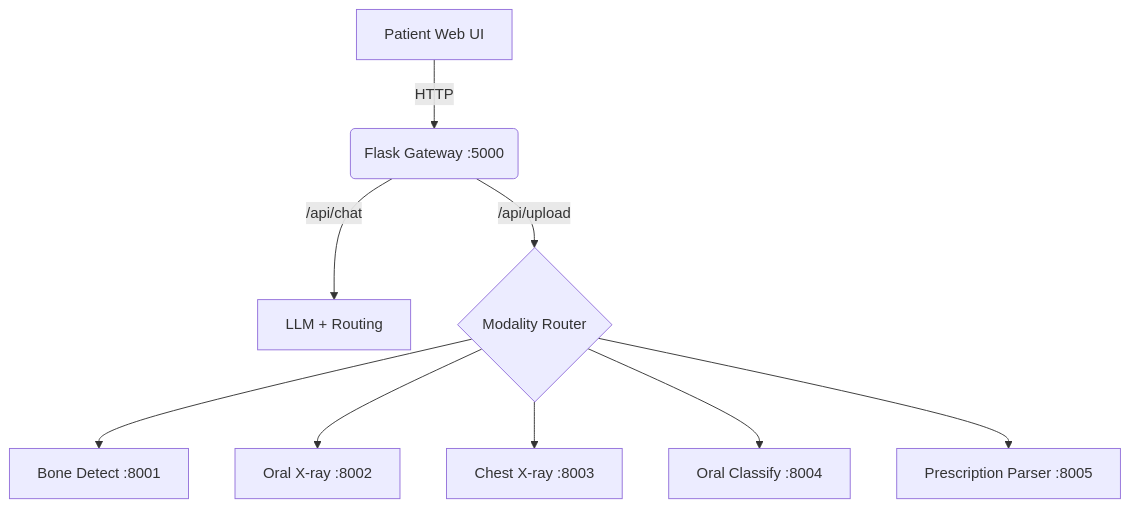
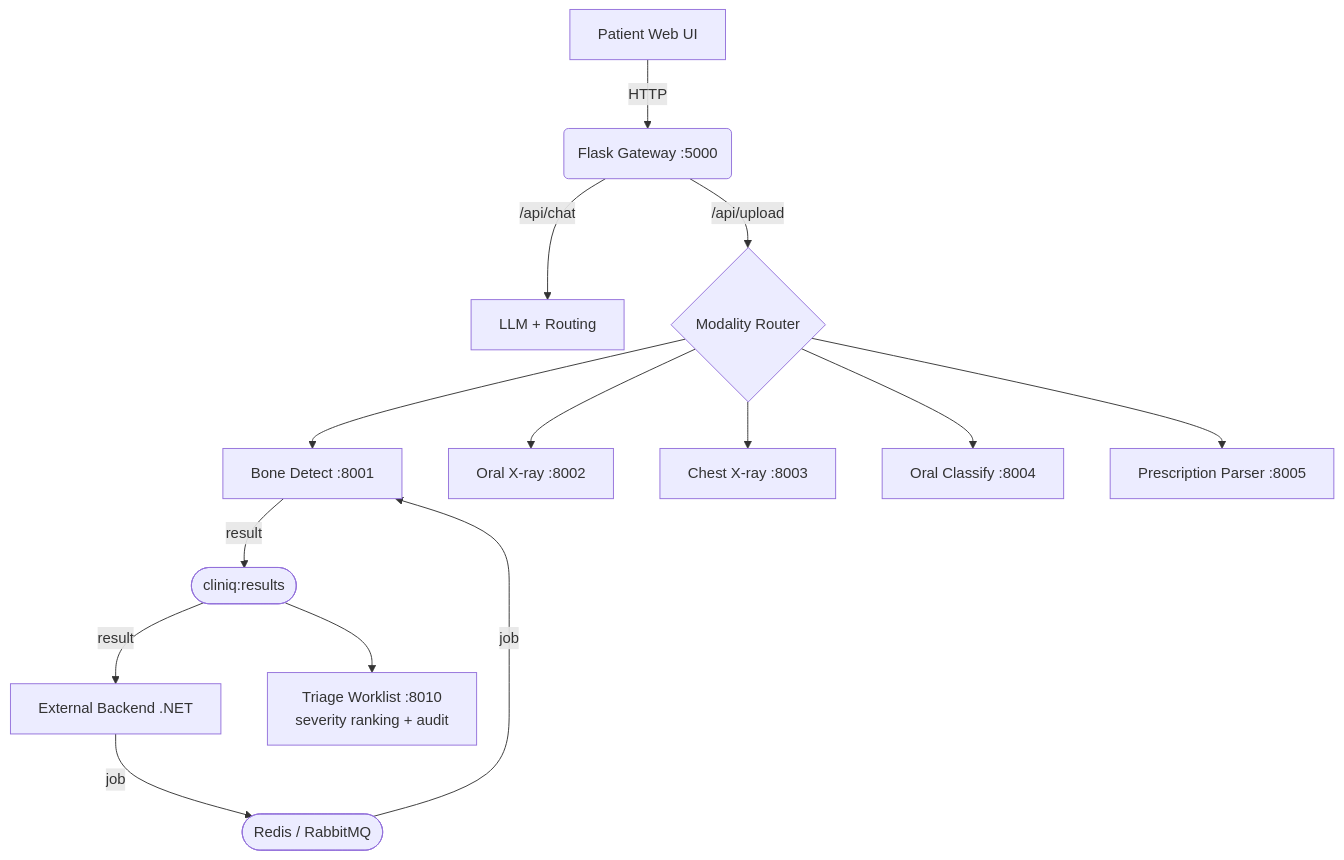
One commit to ClinIQ-MedAI/cliniq-ai changed the diagram in README.md. Above: the diagram before and after it, drawn with Mermaid. The commit also changed other lines of this file and 35 other files, not shown here.

First line of the commit message:
feat: add async job queue (Redis/RabbitMQ), triage worklist, and audit trail

````diff
--- a/README.md
+++ b/README.md
@@ -98,12 +117,18 @@
 ```mermaid
 graph TD
     UI[Patient Web UI] -->|HTTP| API(Flask Gateway :5000)
     API -->|/api/chat| LLM[LLM + Routing]
     API -->|/api/upload| Router{Modality Router}
 
     Router --> Bone[Bone Detect :8001]
     Router --> OralX[Oral X-ray :8002]
     Router --> Chest[Chest X-ray :8003]
     Router --> OralC[Oral Classify :8004]
     Router --> Rx[Prescription Parser :8005]
+
+    Backend[External Backend .NET] -->|job| Q([Redis / RabbitMQ])
+    Q -->|job| Bone
+    Bone -->|result| R([cliniq:results])
+    R -->|result| Backend
+    R --> Triage[Triage Worklist :8010<br/>severity ranking + audit]
 ```
````
